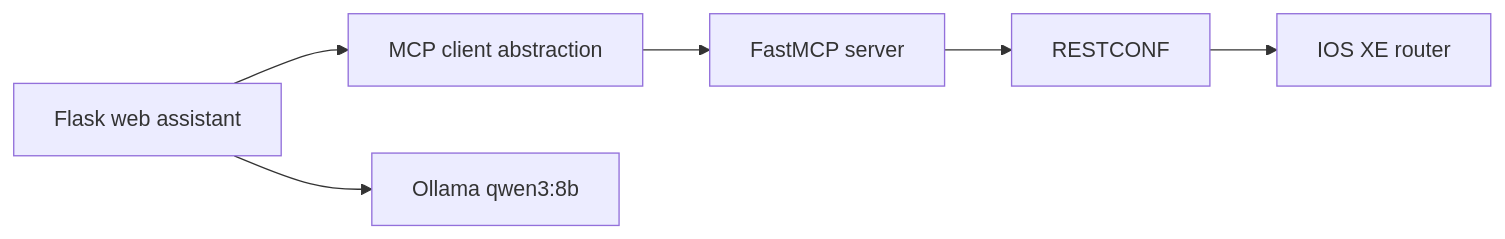
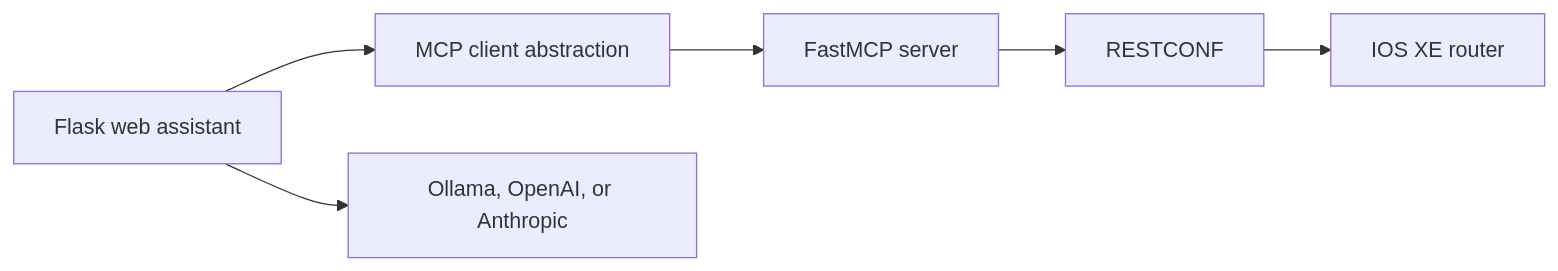
The sixth of 6 diagrams in LAB/README.md (tanthanh85/CCNPAUTO), drawn with Mermaid before and after one commit. The commit also changed other lines of this file and 23 other files, not shown here.

````diff
--- a/LAB/README.md
+++ b/LAB/README.md
@@ -185,8 +185,8 @@
 ```mermaid
 flowchart LR
     Web["Flask web assistant"] --> MCPClient["MCP client abstraction"]
     MCPClient --> MCPServer["FastMCP server"]
     MCPServer --> RESTCONF["RESTCONF"]
     RESTCONF --> IOSXE["IOS XE router"]
-    Web --> Ollama["Ollama qwen3:8b"]
+    Web --> LLM["Ollama, OpenAI, or Anthropic"]
 ```
````
